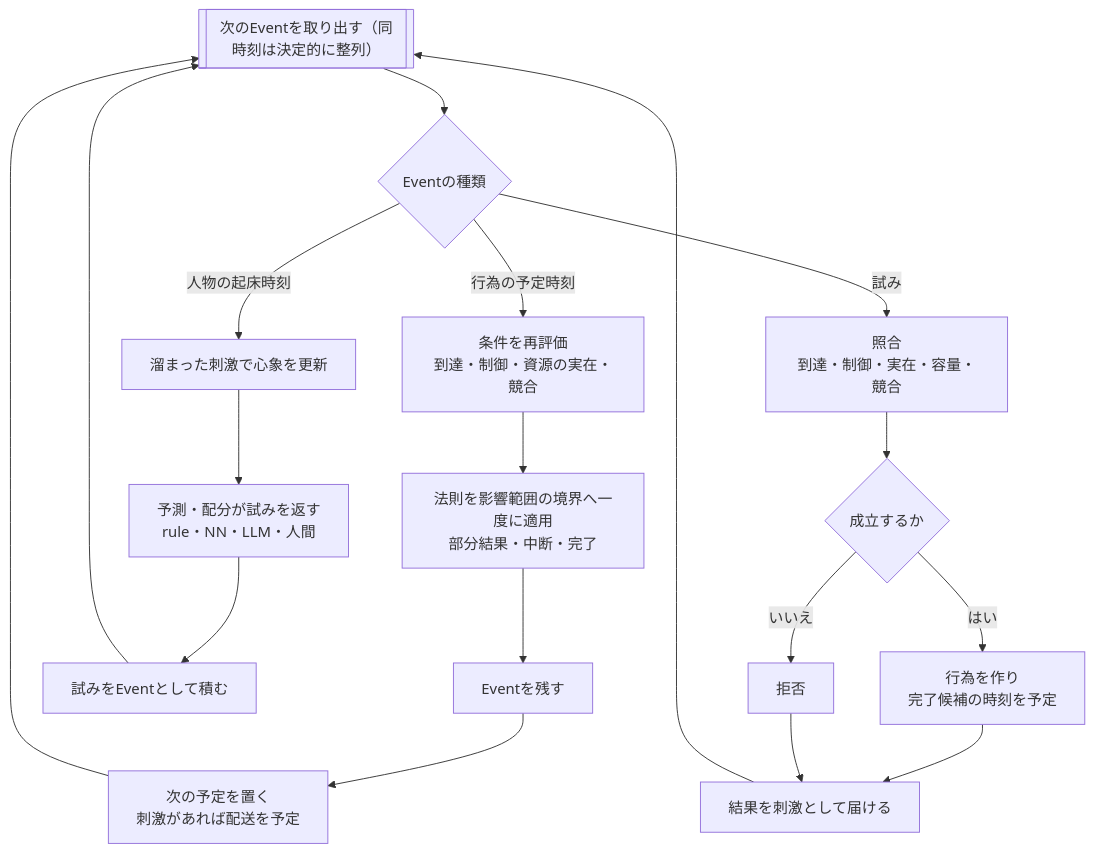
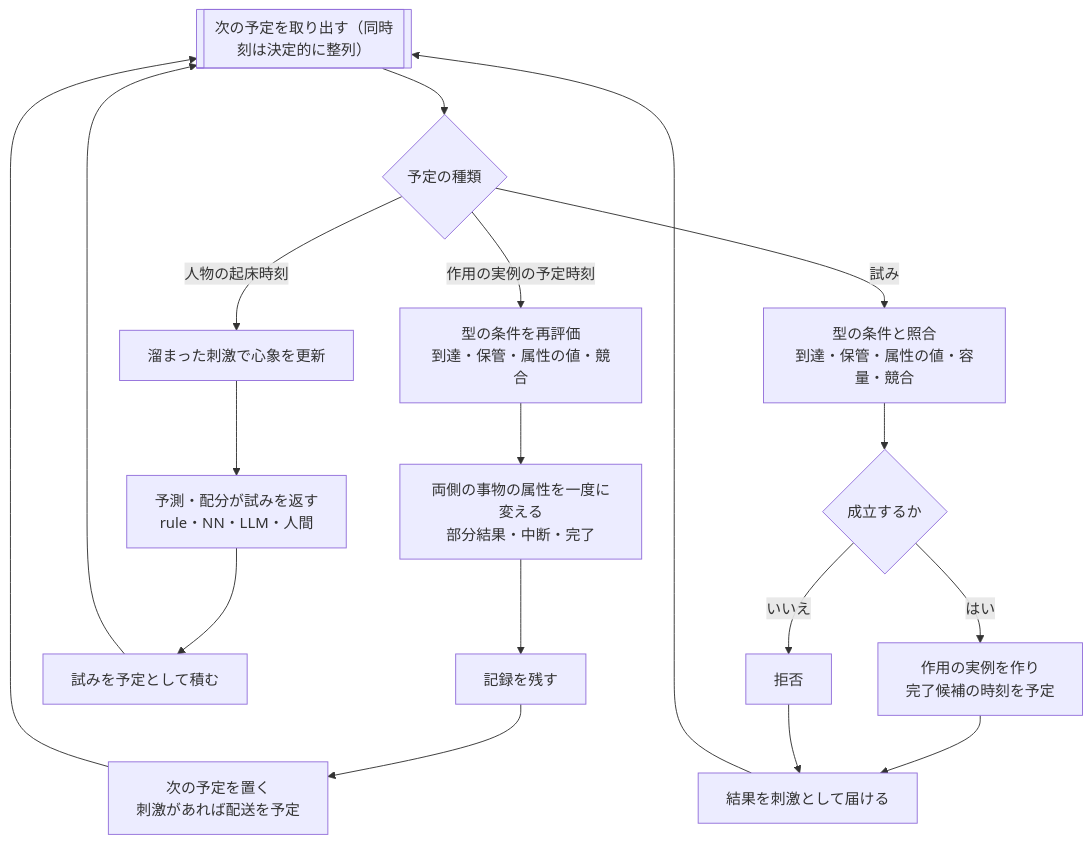
One commit to demerzel09/Medieval-Simulator changed the second of 2 diagrams in docs/DESIGN.md. Above: the diagram before and after it, drawn with Mermaid. The commit also changed other lines of this file and 4 other files, not shown here.

````diff
--- a/docs/DESIGN.md
+++ b/docs/DESIGN.md
@@ -98,20 +88,20 @@
 ```mermaid
 flowchart TD
-  Q[["次のEventを取り出す（同時刻は決定的に整列）"]] --> K{Eventの種類}
-  K -->|"行為の予定時刻"| A1["条件を再評価<br/>到達・制御・資源の実在・競合"]
-  A1 --> A2["法則を影響範囲の境界へ一度に適用<br/>部分結果・中断・完了"]
-  A2 --> A3["Eventを残す"]
+  Q[["次の予定を取り出す（同時刻は決定的に整列）"]] --> K{予定の種類}
+  K -->|"作用の実例の予定時刻"| A1["型の条件を再評価<br/>到達・保管・属性の値・競合"]
+  A1 --> A2["両側の事物の属性を一度に変える<br/>部分結果・中断・完了"]
+  A2 --> A3["記録を残す"]
   A3 --> A4["次の予定を置く<br/>刺激があれば配送を予定"]
   A4 --> Q
   K -->|"人物の起床時刻"| B1["溜まった刺激で心象を更新"]
   B1 --> B2["予測・配分が試みを返す<br/>rule・NN・LLM・人間"]
-  B2 --> B3["試みをEventとして積む"]
+  B2 --> B3["試みを予定として積む"]
   B3 --> Q
-  K -->|"試み"| C1["照合<br/>到達・制御・実在・容量・競合"]
+  K -->|"試み"| C1["型の条件と照合<br/>到達・保管・属性の値・容量・競合"]
   C1 --> C2{"成立するか"}
-  C2 -->|"はい"| C3["行為を作り<br/>完了候補の時刻を予定"]
+  C2 -->|"はい"| C3["作用の実例を作り<br/>完了候補の時刻を予定"]
   C2 -->|"いいえ"| C5["拒否"]
   C3 --> C4["結果を刺激として届ける"]
   C5 --> C4
   C4 --> Q
 ```
````
